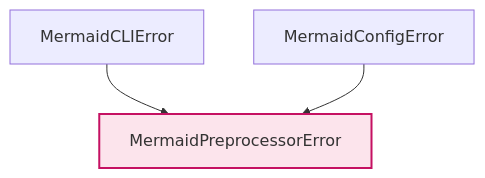
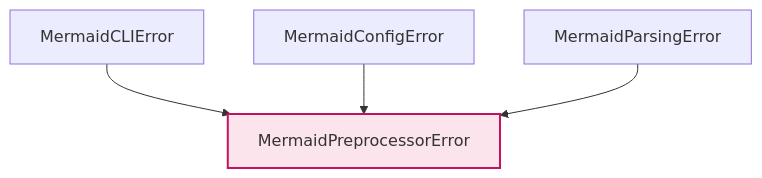
One commit to nuitsjp/mkdocs-mermaid-to-svg changed the seventh of 7 diagrams in docs/architecture.md. Above: the diagram before and after it, drawn with Mermaid. The commit also changed other lines of this file, not shown here.

````diff
--- a/docs/architecture.md
+++ b/docs/architecture.md
@@ -402,8 +401,9 @@
 ```mermaid
 graph TD
     A[MermaidPreprocessorError]
     B[MermaidCLIError] --> A
     C[MermaidConfigError] --> A
+    D[MermaidParsingError] --> A
 
     style A fill:#fce4ec,stroke:#c51162,stroke-width:2px
 ```
````
